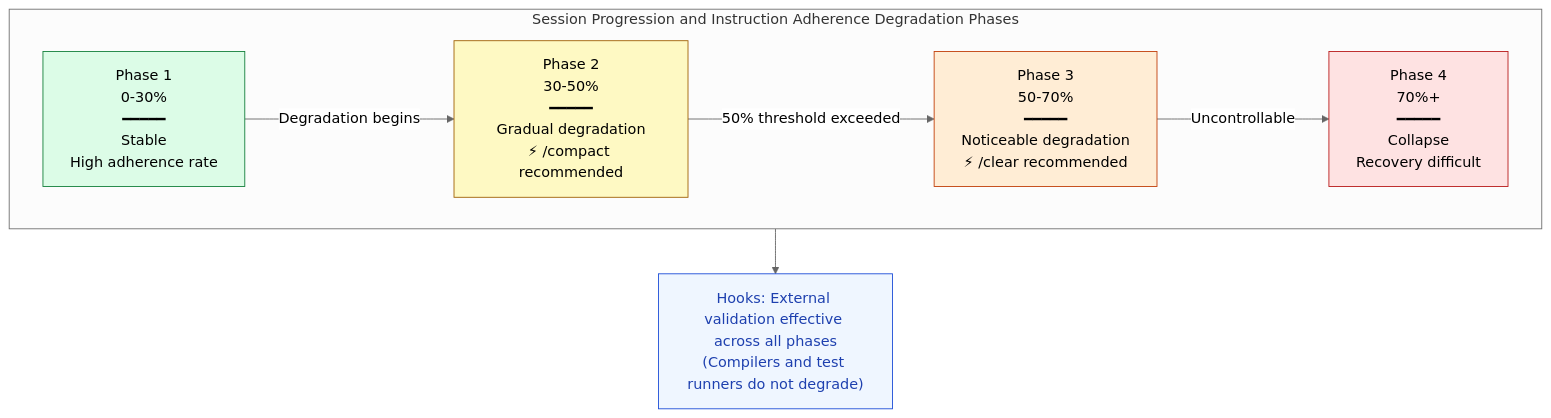
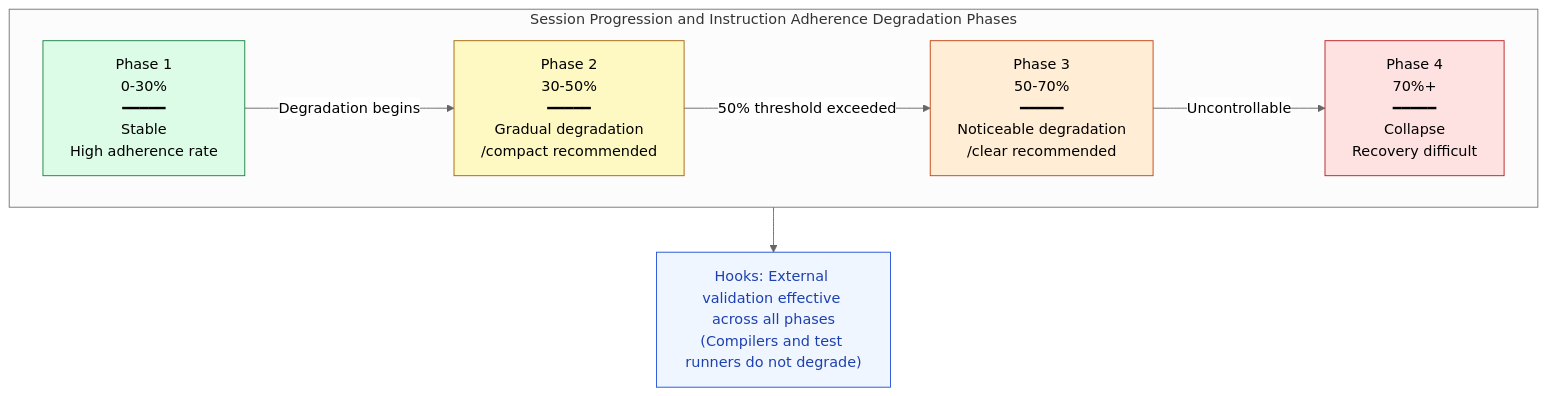
Before and after one commit to shuji-bonji/understanding-llm-through-claude-code: the first of 2 diagrams in docs/01-llm-structural-problems/instruction-decay.md, drawn with Mermaid (neutral theme). The commit also changed other lines of this file and 44 other files, not shown here.

````diff
--- a/docs/01-llm-structural-problems/instruction-decay.md
+++ b/docs/01-llm-structural-problems/instruction-decay.md
@@ -50,21 +52,21 @@
 ```mermaid
 flowchart TB
     subgraph phases ["Session Progression and Instruction Adherence Degradation Phases"]
         direction LR
         P1["Phase 1<br>0-30%<br>━━━━━<br>Stable<br>High adherence rate"]
-        P2["Phase 2<br>30-50%<br>━━━━━<br>Gradual degradation<br>⚡ /compact recommended"]
-        P3["Phase 3<br>50-70%<br>━━━━━<br>Noticeable degradation<br>⚡ /clear recommended"]
+        P2["Phase 2<br>30-50%<br>━━━━━<br>Gradual degradation<br> /compact recommended"]
+        P3["Phase 3<br>50-70%<br>━━━━━<br>Noticeable degradation<br> /clear recommended"]
         P4["Phase 4<br>70%+<br>━━━━━<br>Collapse<br>Recovery difficult"]
         P1 -->|"Degradation begins"| P2 -->|"50% threshold exceeded"| P3 -->|"Uncontrollable"| P4
     end
 
     Hooks["Hooks: External validation effective across all phases<br>(Compilers and test runners do not degrade)"]
 
     phases --> Hooks
 
     style P1 fill:#dcfce7,stroke:#15803d,color:#000
     style P2 fill:#fef9c3,stroke:#a16207,color:#000
     style P3 fill:#ffedd5,stroke:#c2410c,color:#000
     style P4 fill:#fee2e2,stroke:#b91c1c,color:#000
     style Hooks fill:#eff6ff,stroke:#1d4ed8,color:#1e40af
 ```
````
